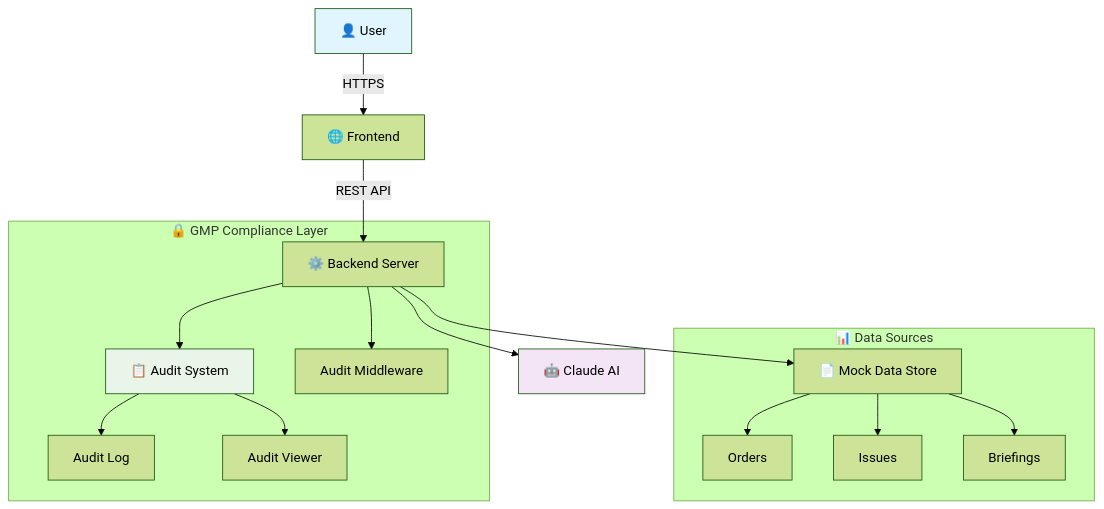
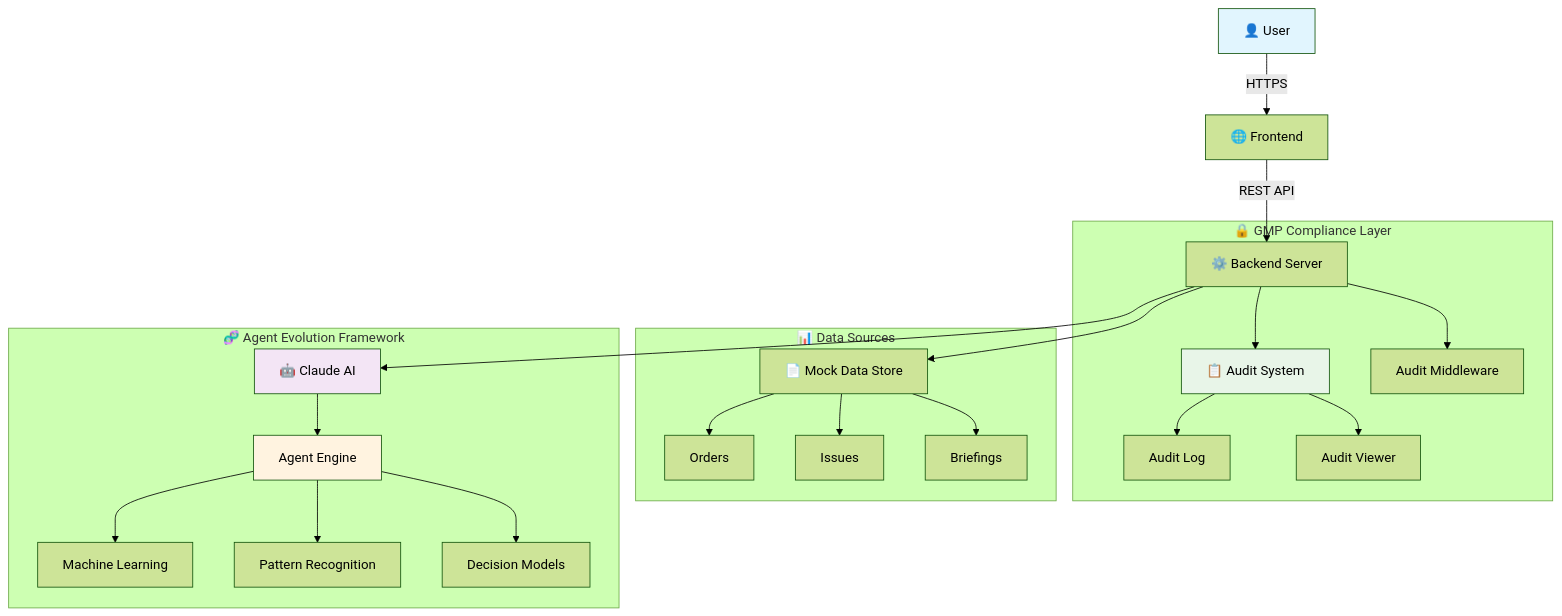
Before and after one commit to schmeckm/Business_aI_Agent_Pharma_MVP_1.0: the second of 2 diagrams in README.md, drawn with Mermaid (forest theme). The commit also changed other lines of this file, not shown here.

````diff
--- a/README.md
+++ b/README.md
@@ -53,25 +150,33 @@
 ```mermaid
 flowchart TD
     U[👤 User] -->|HTTPS| F[🌐 Frontend]
     F -->|REST API| B[⚙️ Backend Server]
     
     B --> C[🤖 Claude AI]
     B --> M[📄 Mock Data Store]
     B --> A[📋 Audit System]
     
     subgraph "🔒 GMP Compliance Layer"
         A --> AL[Audit Log]
         A --> AV[Audit Viewer]
         B --> AM[Audit Middleware]
     end
     
     subgraph "📊 Data Sources"
         M --> O[Orders]
         M --> I[Issues]
         M --> BR[Briefings]
     end
     
+    subgraph "🧬 Agent Evolution Framework"
+        C --> AE[Agent Engine]
+        AE --> ML[Machine Learning]
+        AE --> PR[Pattern Recognition]
+        AE --> DM[Decision Models]
+    end
+    
     style U fill:#e1f5fe
     style C fill:#f3e5f5
     style A fill:#e8f5e8
+    style AE fill:#fff3e0
 ```
````
